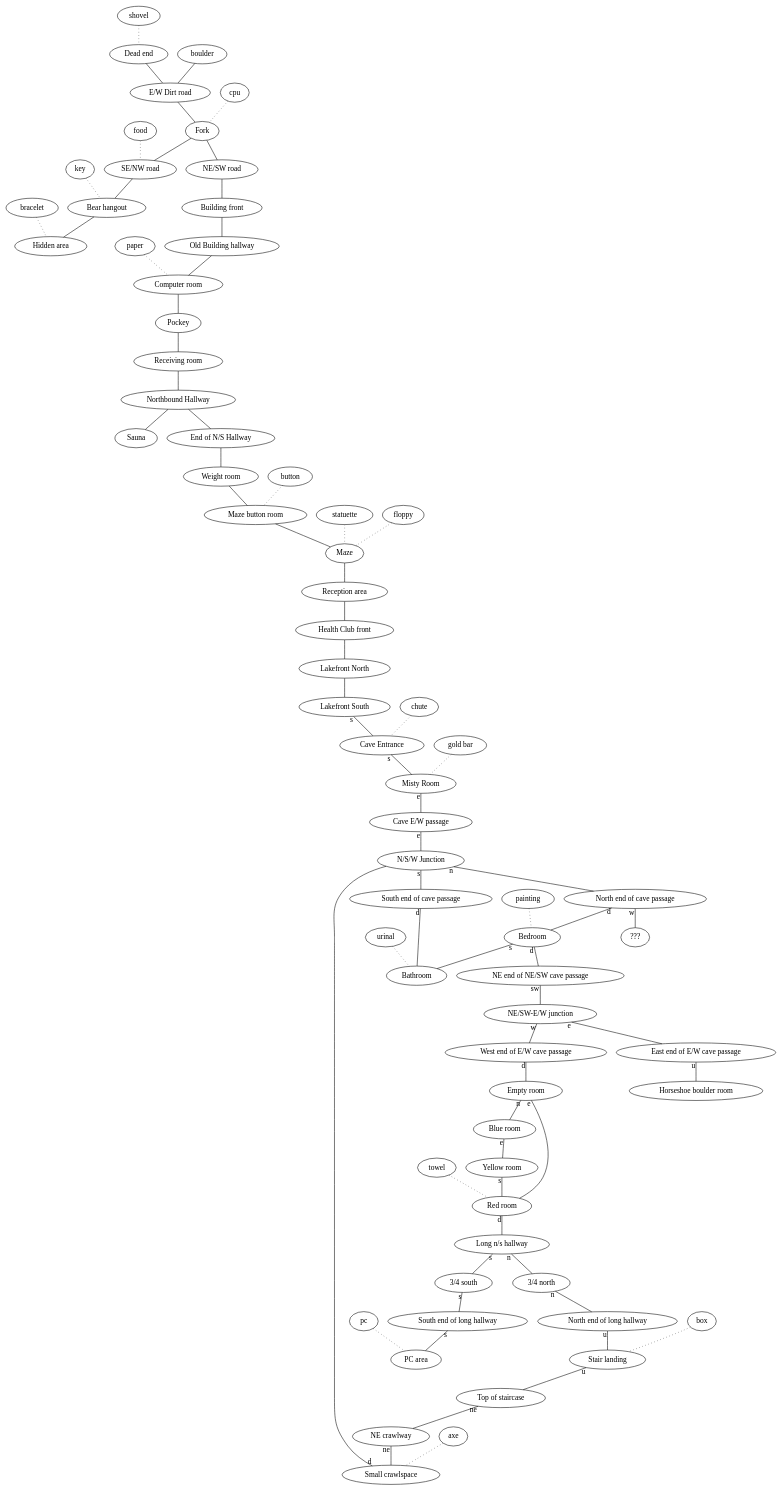
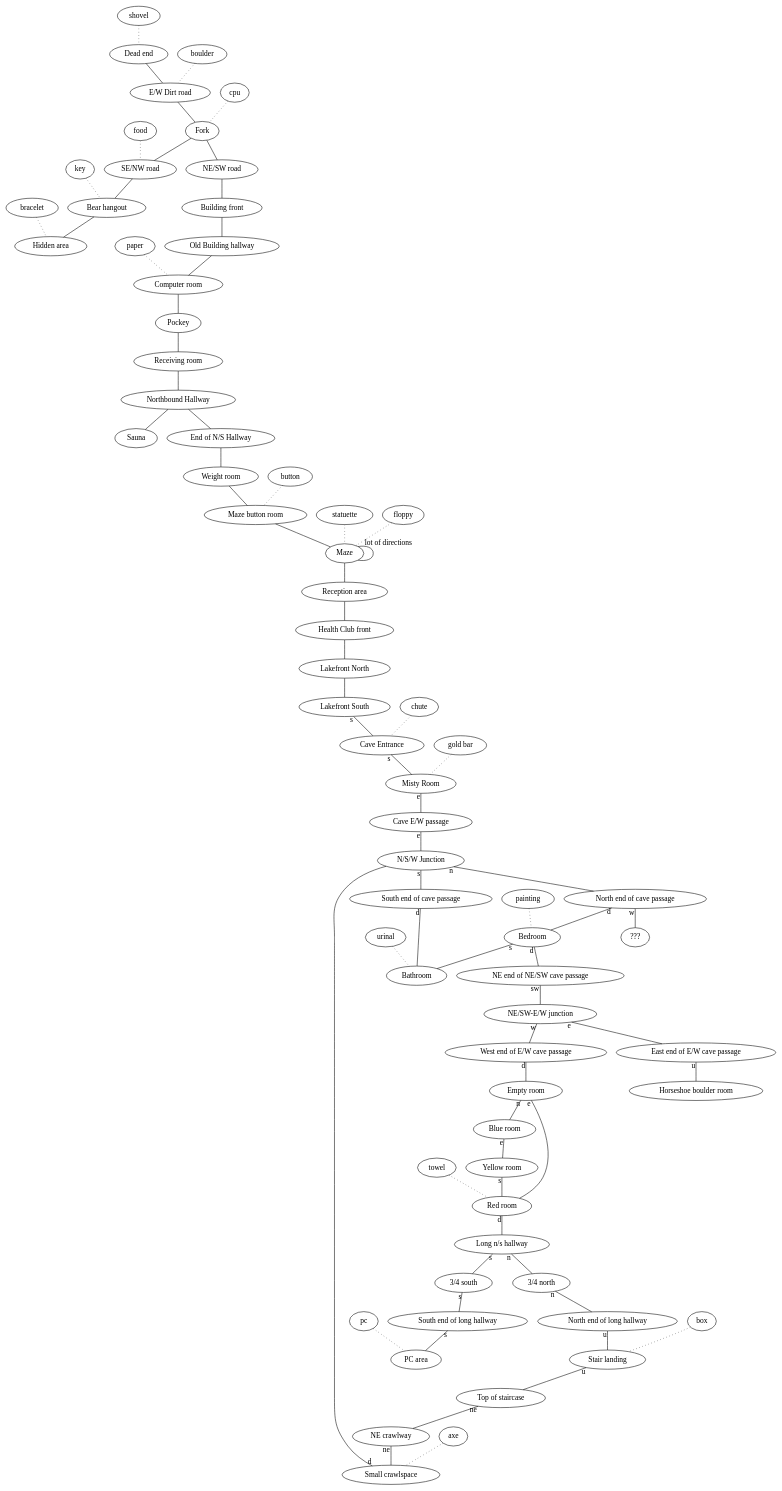
The diagram in dunnet.org (alvarogonzalezsotillo/.emacs.d), drawn with Graphviz before and after one commit. The commit also changed 1 other file, not shown here.

```diff
--- a/dunnet.org
+++ b/dunnet.org
@@ -2,78 +2,79 @@
 #+BEGIN_SRC dot :file ./dunnet.svg :exports results :cmd dot :cmdline -Tsvg
 digraph{
 
   edge[arrowhead="none"]
 
   "shovel" -> "Dead end" [style="dotted"]
   "Dead end" -> "E/W Dirt road"
-  "boulder" -> "E/W Dirt road"
+  "boulder" -> "E/W Dirt road" [style="dotted"]
   "E/W Dirt road" -> "Fork"
   "cpu" -> "Fork" [style="dotted"]
   "Fork" -> "SE/NW road"
   "food" -> "SE/NW road" [style="dotted"]
   "SE/NW road" -> "Bear hangout"
   "key" -> "Bear hangout" [style="dotted"]
   "Bear hangout" -> "Hidden area"
   "bracelet" -> "Hidden area" [style="dotted"]
   "Fork" -> "NE/SW road"
   "NE/SW road" -> "Building front"
   "Building front" -> "Old Building hallway"
   "Old Building hallway" -> "Computer room"
   "paper" -> "Computer room" [style="dotted"]
   "Computer room" -> "Pockey"
   "Pockey" -> "Receiving room"
   "Receiving room" -> "Northbound Hallway"
   "Northbound Hallway" -> "Sauna"
   "Northbound Hallway" -> "End of N/S Hallway"
   "End of N/S Hallway" -> "Weight room"
   "Weight room" -> "Maze button room"
   "button" -> "Maze button room" [style="dotted"]
   "Maze button room" -> "Maze"
   "statuette" -> "Maze" [style="dotted"]
   "floppy" -> "Maze" [style="dotted"]
+  "Maze" -> "Maze" [taillabel="lot of directions"]
   "Maze" -> "Reception area"
   "Reception area" -> "Health Club front"
   "Health Club front" -> "Lakefront North"
   "Lakefront North" -> "Lakefront South"
   "Lakefront South" -> "Cave Entrance" [taillabel="s"]
   "chute" -> "Cave Entrance" [style="dotted"]
   "Cave Entrance" -> "Misty Room" [taillabel="s"]
   "gold bar" -> "Misty Room" [style="dotted"] 
   "Misty Room" -> "Cave E/W passage" [taillabel="e"]
   "Cave E/W passage" -> "N/S/W Junction" [taillabel="e"]
   "N/S/W Junction" -> "North end of cave passage" [taillabel="n"]
   "N/S/W Junction" -> "South end of cave passage" [taillabel="s"]
   "South end of cave passage" -> "Bathroom" [taillabel="d"]
   "North end of cave passage" -> "Bedroom" [taillabel="d"]
   "North end of cave passage" -> "???" [taillabel="w"]
   "painting" -> "Bedroom" [style="dotted"]
   "Bedroom" -> "NE end of NE/SW cave passage" [taillabel="d"]
   "Bedroom" -> "Bathroom" [taillabel="s"]
   "urinal" -> "Bathroom" [style="dotted"]
   "NE end of NE/SW cave passage" -> "NE/SW-E/W junction" [taillabel="sw"]
   "NE/SW-E/W junction" -> "East end of E/W cave passage" [taillabel="e"]
   "East end of E/W cave passage" -> "Horseshoe boulder room" [taillabel="u"]
   "NE/SW-E/W junction" -> "West end of E/W cave passage" [taillabel="w"]
   "West end of E/W cave passage" -> "Empty room" [taillabel="d"]
   "Empty room" -> "Blue room" [taillabel="n"]
   "Empty room" -> "Red room" [taillabel="e"]
   "Blue room" -> "Yellow room" [taillabel="e"]
   "Yellow room" -> "Red room" [taillabel="s"]
   "towel" -> "Red room" [style="dotted"]
   "Red room" -> "Long n/s hallway" [taillabel="d"]
   "Long n/s hallway" -> "3/4 north" [taillabel="n"]
   "3/4 north" -> "North end of long hallway" [taillabel="n"]
   "North end of long hallway" -> "Stair landing" [taillabel="u"]
   "box" -> "Stair landing" [style="dotted"]
   "Stair landing" -> "Top of staircase" [taillabel="u"]
   "Top of staircase" -> "NE crawlway" [taillabel="ne"]
   "NE crawlway" -> "Small crawlspace" [taillabel="ne"]
   "axe" -> "Small crawlspace" [style="dotted"]
   "Small crawlspace" -> "N/S/W Junction" [taillabel="d"]
   "Long n/s hallway" -> "3/4 south" [taillabel="s"]
   "3/4 south" -> "South end of long hallway"[taillabel="s"]
   "South end of long hallway" -> "PC area" [taillabel="s"]  
   "pc" -> "PC area" [style="dotted"]
 }
 
 #+END_SRC
```
